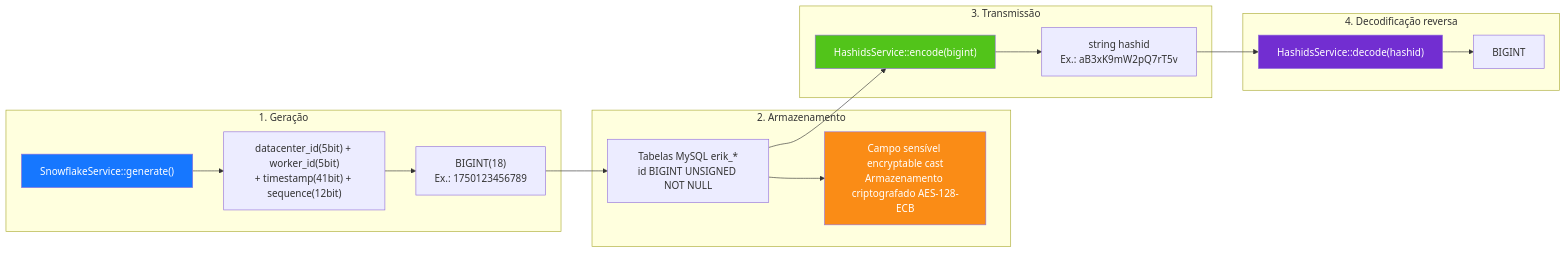
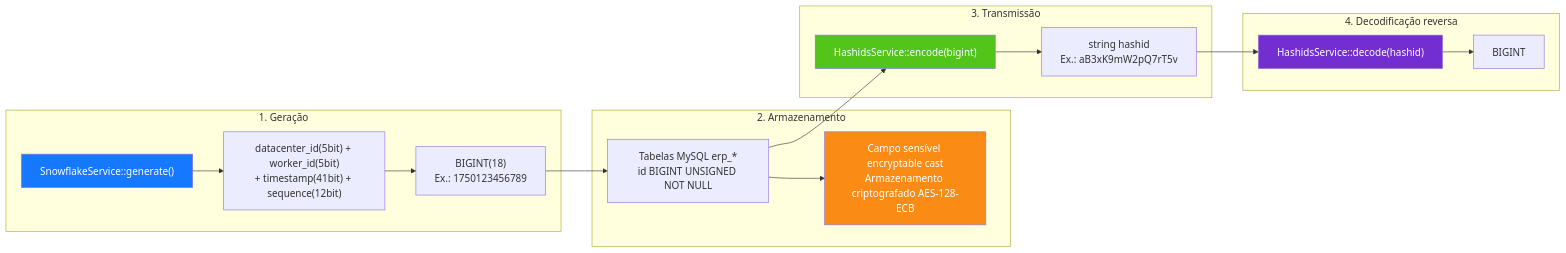
One commit to erikwang2013/erp-php changed the diagram in docs/i18n/pt/diagrams/06-id-lifecycle.md. Above: the diagram before and after it, drawn with Mermaid. The commit also changed 449 other files, not shown here.

First line of the commit message:
全局命名统一：数据库 erp、表前缀 erp_、Redis 前缀 erp:（原 erik_/open_admin）

````diff
--- a/docs/i18n/pt/diagrams/06-id-lifecycle.md
+++ b/docs/i18n/pt/diagrams/06-id-lifecycle.md
@@ -3,32 +3,32 @@
 ```mermaid
 flowchart LR
     subgraph gen["1. Geração"]
         g1["SnowflakeService::generate()"]
         g2["datacenter_id(5bit) + worker_id(5bit)<br/>+ timestamp(41bit) + sequence(12bit)"]
         g3["BIGINT(18)<br/>Ex.: 1750123456789"]
         g1 --> g2 --> g3
     end
 
     subgraph store["2. Armazenamento"]
-        s1["Tabelas MySQL erik_*<br/>id BIGINT UNSIGNED NOT NULL"]
+        s1["Tabelas MySQL erp_*<br/>id BIGINT UNSIGNED NOT NULL"]
         s2["Campo sensível encryptable cast<br/>Armazenamento criptografado AES-128-ECB"]
         g3 --> s1 --> s2
     end
 
     subgraph transfer["3. Transmissão"]
         t1["HashidsService::encode(bigint)"]
         t2["string hashid<br/>Ex.: aB3xK9mW2pQ7rT5v"]
         s1 --> t1 --> t2
     end
 
     subgraph reverse["4. Decodificação reversa"]
         r1["HashidsService::decode(hashid)"]
         r2["BIGINT"]
         t2 --> r1 --> r2
     end
 
     style g1 fill:#1677FF,color:#fff
     style s2 fill:#FA8C16,color:#fff
     style t1 fill:#52C41A,color:#fff
     style r1 fill:#722ED1,color:#fff
 ```
````
